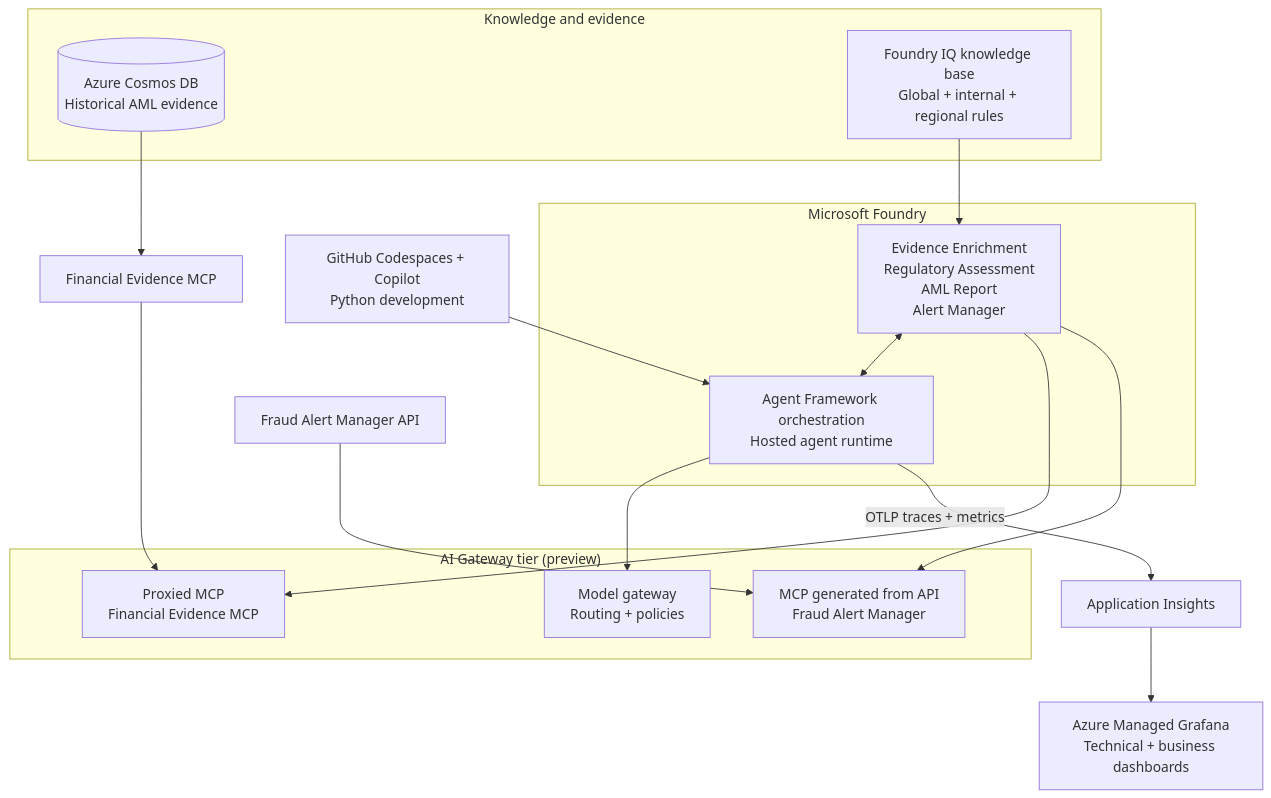
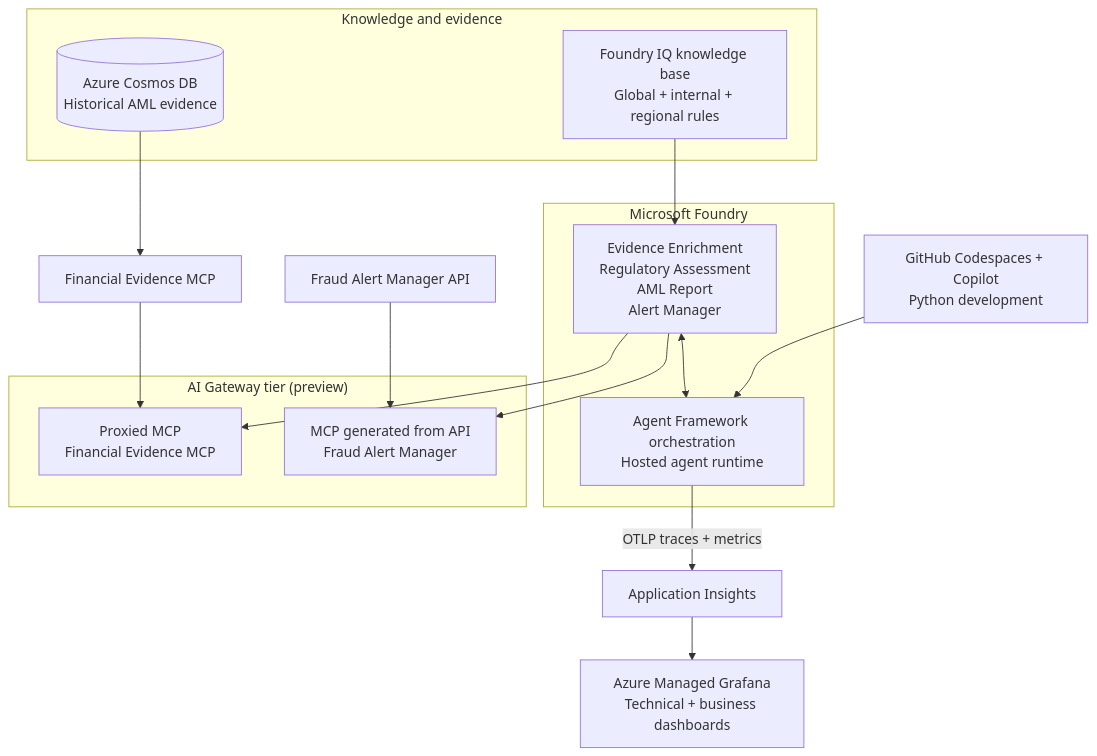
Before and after one commit to Tokollo16/MS-Hackathon-AISDLC: the second of 2 diagrams in 03-Azure/01-04-AI/07_Fraud_Intelligence/README.md, drawn with Mermaid. The commit also changed other lines of this file and 89 other files, not shown here.

````diff
--- a/03-Azure/01-04-AI/07_Fraud_Intelligence/README.md
+++ b/03-Azure/01-04-AI/07_Fraud_Intelligence/README.md
@@ -52,32 +52,30 @@
 ```mermaid
 flowchart TB
 	DEV["GitHub Codespaces + Copilot<br/>Python development"] --> ORCH
 
 	subgraph Foundry["Microsoft Foundry"]
 		AGENTS["Evidence Enrichment<br/>Regulatory Assessment<br/>AML Report<br/>Alert Manager"]
 		ORCH["Agent Framework orchestration<br/>Hosted agent runtime"]
 		AGENTS <--> ORCH
 	end
 
 	subgraph Knowledge["Knowledge and evidence"]
 		COSMOS[("Azure Cosmos DB<br/>Historical AML evidence")]
 		IQ["Foundry IQ knowledge base<br/>Global + internal + regional rules"]
 	end
 
 	subgraph Gateway["AI Gateway tier (preview)"]
-		MODELS["Model gateway<br/>Routing + policies"]
 		MCPPROXY["Proxied MCP<br/>Financial Evidence MCP"]
 		MCPAPI["MCP generated from API<br/>Fraud Alert Manager"]
 	end
 
 	COSMOS --> FINMCP["Financial Evidence MCP"]
 	FINMCP --> MCPPROXY
 	ALERTAPI["Fraud Alert Manager API"] --> MCPAPI
 	IQ --> AGENTS
-	ORCH --> MODELS
 	AGENTS --> MCPPROXY
 	AGENTS --> MCPAPI
 
 	ORCH -- "OTLP traces + metrics" --> APPINSIGHTS["Application Insights"]
 	APPINSIGHTS --> GRAFANA["Azure Managed Grafana<br/>Technical + business dashboards"]
 ```
````
